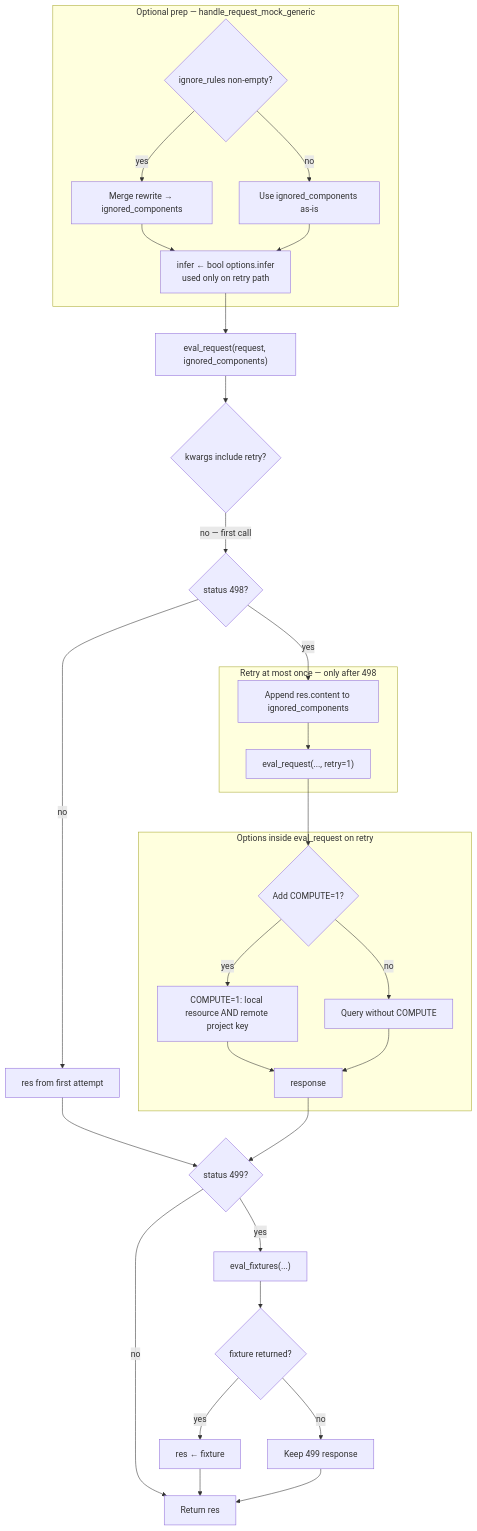
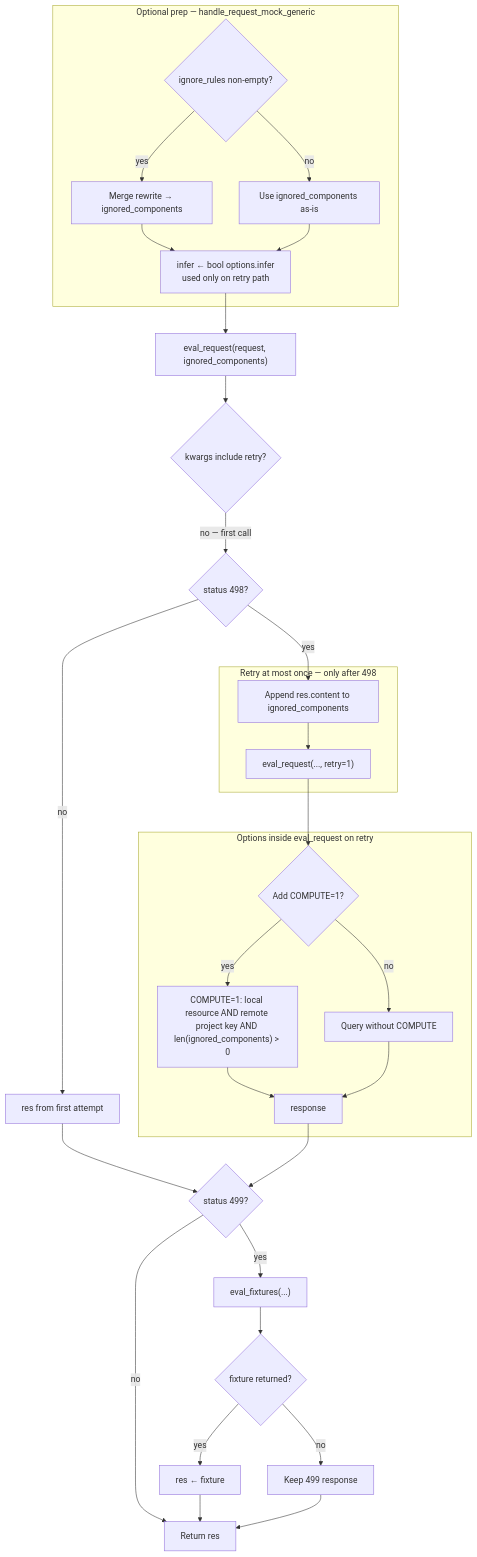
Before and after one commit to Stoobly/stoobly-agent: the first of 2 diagrams in docs/mock-request-matching.md, drawn with Mermaid. The commit also changed other lines of this file, not shown here.

Commit message:
Update diagram

````diff
--- a/docs/mock-request-matching.md
+++ b/docs/mock-request-matching.md
@@ -21,49 +21,49 @@
 ```mermaid
 flowchart TB
   subgraph prep [Optional prep — handle_request_mock_generic]
     IG{ignore_rules non-empty?}
     IG -->|yes| MERGE[Merge rewrite → ignored_components]
     IG -->|no| IG0[Use ignored_components as-is]
     MERGE --> INIT
     IG0 --> INIT
     INIT["infer ← bool options.infer<br/>used only on retry path"]
   end
 
   INIT --> E1["eval_request(request, ignored_components)"]
 
   E1 --> K1{kwargs include retry?}
   K1 -->|no — first call| D498{status 498?}
 
   subgraph retry_once [Retry at most once — only after 498]
     APP[Append res.content to ignored_components]
     E2["eval_request(..., retry=1)"]
     APP --> E2
   end
 
   subgraph opt_retry [Options inside eval_request on retry]
     CP{Add COMPUTE=1?}
-    CP -->|yes| WCOMP["COMPUTE=1: local resource AND remote project key"]
+    CP -->|yes| WCOMP["COMPUTE=1: local resource AND remote project key AND len(ignored_components) > 0"]
     CP -->|no| NOCOMP[Query without COMPUTE]
     WCOMP --> RES2[response]
     NOCOMP --> RES2
   end
 
   E2 --> CP
 
   D498 -->|yes| APP
   D498 -->|no| RES1[res from first attempt]
 
   RES1 --> D499
   RES2 --> D499
 
   D499{status 499?}
 
   D499 -->|yes| EF["eval_fixtures(...)"]
   D499 -->|no| OUT[Return res]
 
   EF --> FX{fixture returned?}
   FX -->|yes| USEFX[res ← fixture]
   FX -->|no| KEEP499[Keep 499 response]
   USEFX --> OUT
   KEEP499 --> OUT
 ```
````
